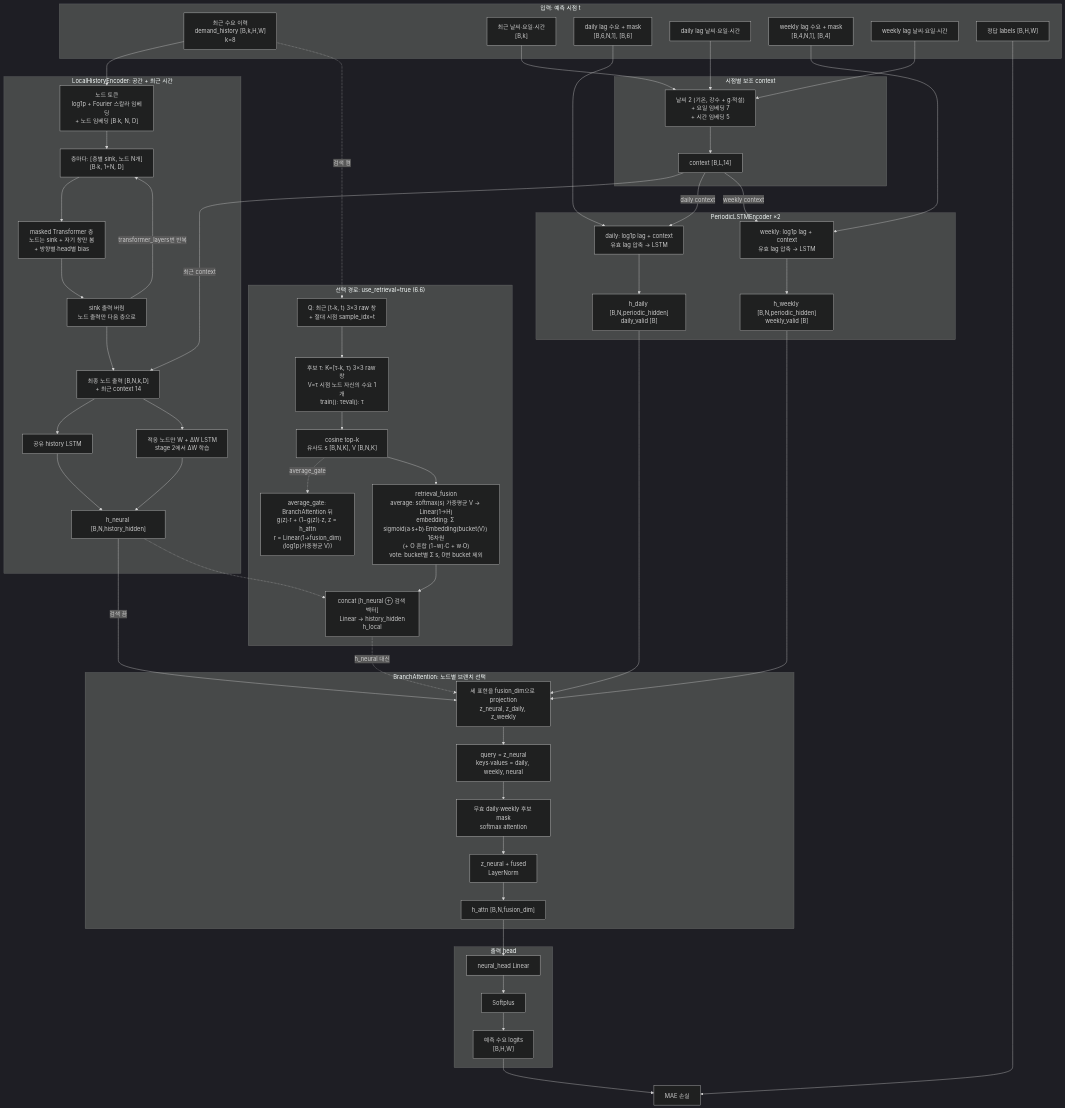
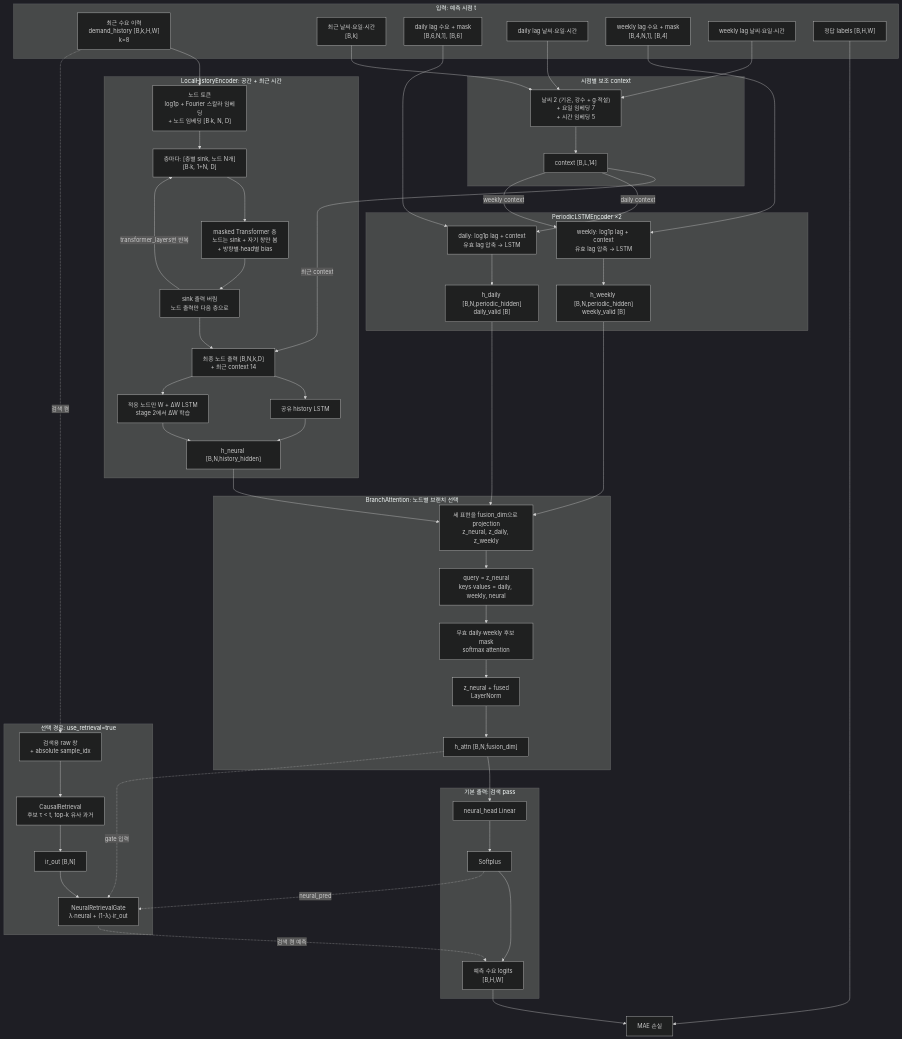
Before and after one commit to dev-jake-kim/demandprediction: the diagram in docs/SPEC.md, drawn with Mermaid (dark theme). The commit also changed other lines of this file and 9 other files, not shown here.

Commit message:
Revert retrieval redesign (b2c0822..aa99c6e): restore model, configs, train/validator, SPEC to d3a4507

````diff
--- a/docs/SPEC.md
+++ b/docs/SPEC.md
@@ -90,11 +90,11 @@
         A1 --> A2 --> A3 --> A4 --> HA
     end
 
-    HN -->|"검색 끔"| A1
+    HN --> A1
     HD --> A1
     HW --> A1
 
-    subgraph OUT["출력 head"]
+    subgraph OUT["기본 출력: 검색 pass"]
         O1["neural_head Linear"]
         O2["Softplus"]
         PRED["예측 수요 logits<br/>[B,H,W]"]
@@ -105,18 +105,16 @@
     PRED --> LOSS["MAE 손실"]
     Y --> LOSS
 
-    subgraph RET["선택 경로: use_retrieval=true (6.6)"]
-        R1["Q: 최근 [t-k, t) 3×3 raw 창<br/>+ 절대 시점 sample_idx=t"]
-        R2["후보 τ: K=[τ-k, τ) 3×3 raw 창<br/>V=τ 시점 노드 자신의 수요 1개<br/>train(): τ<train_end, τ∉[t, t+72h]<br/>eval(): τ<t"]
-        R3["cosine top-k<br/>유사도 s [B,N,K], V [B,N,K]"]
-        R4["retrieval_fusion<br/>average: softmax(s) 가중평균 V → Linear(1→H)<br/>embedding: Σ sigmoid(a·s+b)·Embedding(bucket(V)) 16차원<br/>(+ O 혼합 (1−w)·C + w·O)<br/>vote: bucket별 Σ s, 0번 bucket 제외"]
-        R5["concat [h_neural ⊕ 검색 벡터]<br/>Linear → history_hidden<br/>h_local"]
-        R6["average_gate: BranchAttention 뒤<br/>g(z)·r + (1−g(z))·z, z = h_attn<br/>r = Linear(1→fusion_dim)(log1p(가중평균 V))"]
-        R3 -.->|"average_gate"| R6
-        R1 --> R2 --> R3 --> R4 --> R5
+    subgraph RET["선택 경로: use_retrieval=true"]
+        R1["검색용 raw 창<br/>+ absolute sample_idx"]
+        R2["CausalRetrieval<br/>후보 τ < t, top-k 유사 과거"]
+        R3["ir_out [B,N]"]
+        R4["NeuralRetrievalGate<br/>λ·neural + (1-λ)·ir_out"]
+        R1 --> R2 --> R3 --> R4
     end
 
     H -.->|"검색 켬"| R1
-    HN -.-> R5
-    R5 -.->|"h_neural 대신"| A1
+    HA -.->|"gate 입력"| R4
+    O2 -.->|"neural_pred"| R4
+    R4 -.->|"검색 켬 예측"| PRED
 ```
````
